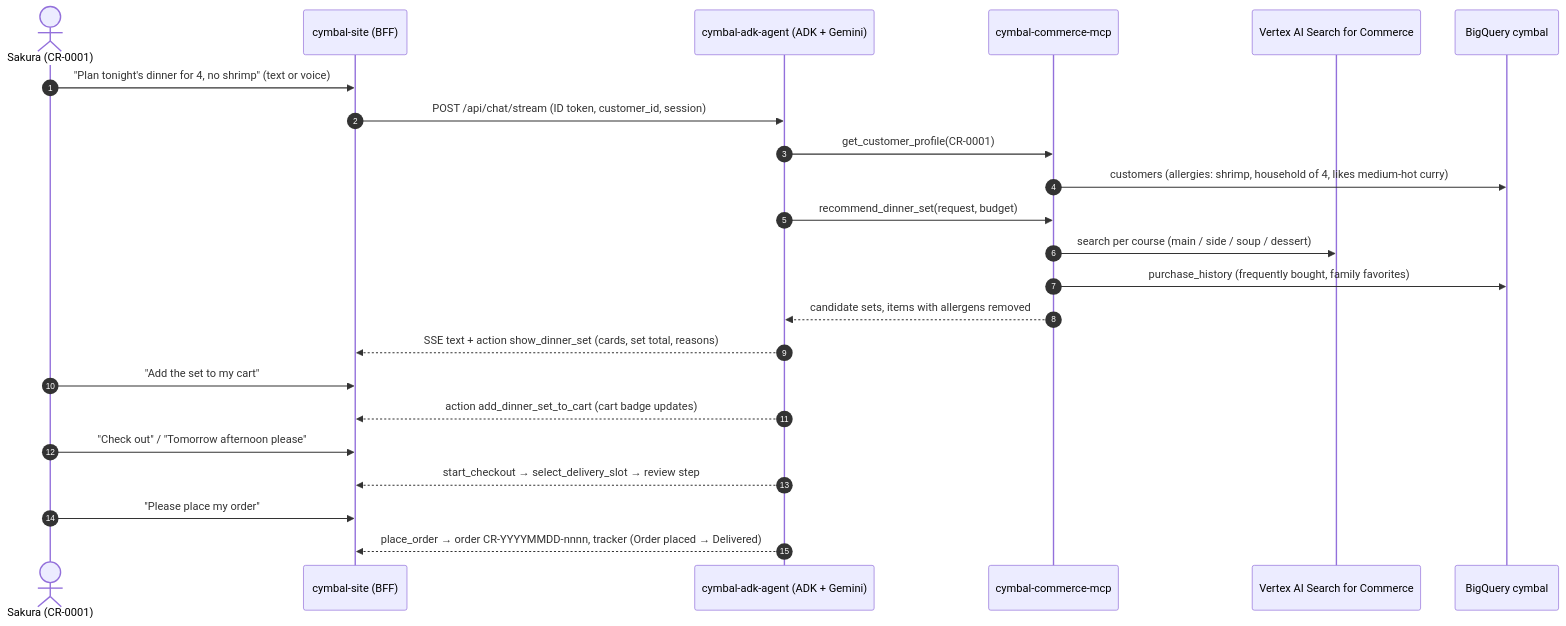
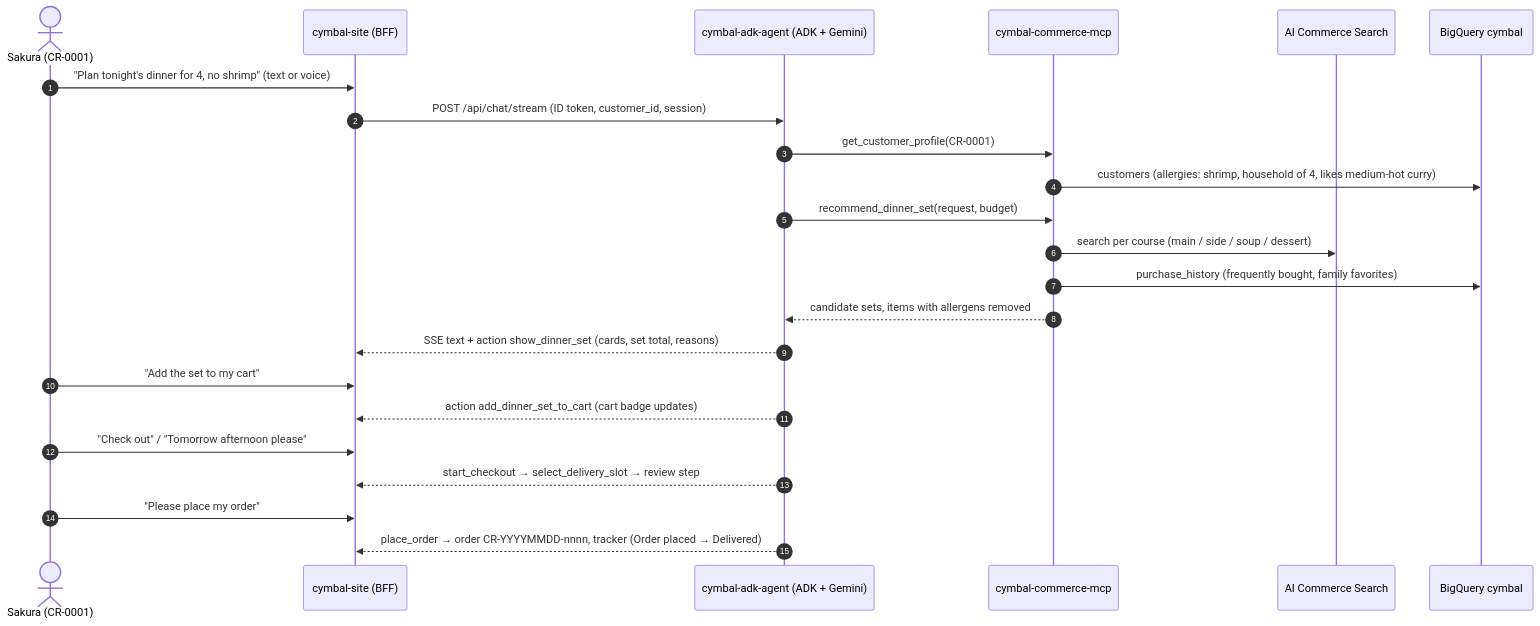
Before and after one commit to minsoojun-cloud/cymbal-retail-agentic-commerce-en-demo: the second of 5 diagrams in docs/ARCHITECTURE.md, drawn with Mermaid. The commit also changed other lines of this file and 27 other files, not shown here.

First line of the commit message:
fix(naming): rename product to "AI Commerce Search" in apps, installer and docs

````diff
--- a/docs/ARCHITECTURE.md
+++ b/docs/ARCHITECTURE.md
@@ -115,26 +115,26 @@
 ```mermaid
 sequenceDiagram
   autonumber
   actor Sakura as Sakura (CR-0001)
   participant Site as cymbal-site (BFF)
   participant ADK as cymbal-adk-agent (ADK + Gemini)
   participant MCP as cymbal-commerce-mcp
-  participant VAIS as Vertex AI Search for Commerce
+  participant VAIS as AI Commerce Search
   participant BQ as BigQuery cymbal
 
   Sakura->>Site: "Plan tonight's dinner for 4, no shrimp" (text or voice)
   Site->>ADK: POST /api/chat/stream (ID token, customer_id, session)
   ADK->>MCP: get_customer_profile(CR-0001)
   MCP->>BQ: customers (allergies: shrimp, household of 4, likes medium-hot curry)
   ADK->>MCP: recommend_dinner_set(request, budget)
   MCP->>VAIS: search per course (main / side / soup / dessert)
   MCP->>BQ: purchase_history (frequently bought, family favorites)
   MCP-->>ADK: candidate sets, items with allergens removed
   ADK-->>Site: SSE text + action show_dinner_set (cards, set total, reasons)
   Sakura->>Site: "Add the set to my cart"
   ADK-->>Site: action add_dinner_set_to_cart (cart badge updates)
   Sakura->>Site: "Check out" / "Tomorrow afternoon please"
   ADK-->>Site: start_checkout → select_delivery_slot → review step
   Sakura->>Site: "Please place my order"
   ADK-->>Site: place_order → order CR-YYYYMMDD-nnnn, tracker (Order placed → Delivered)
 ```
````
